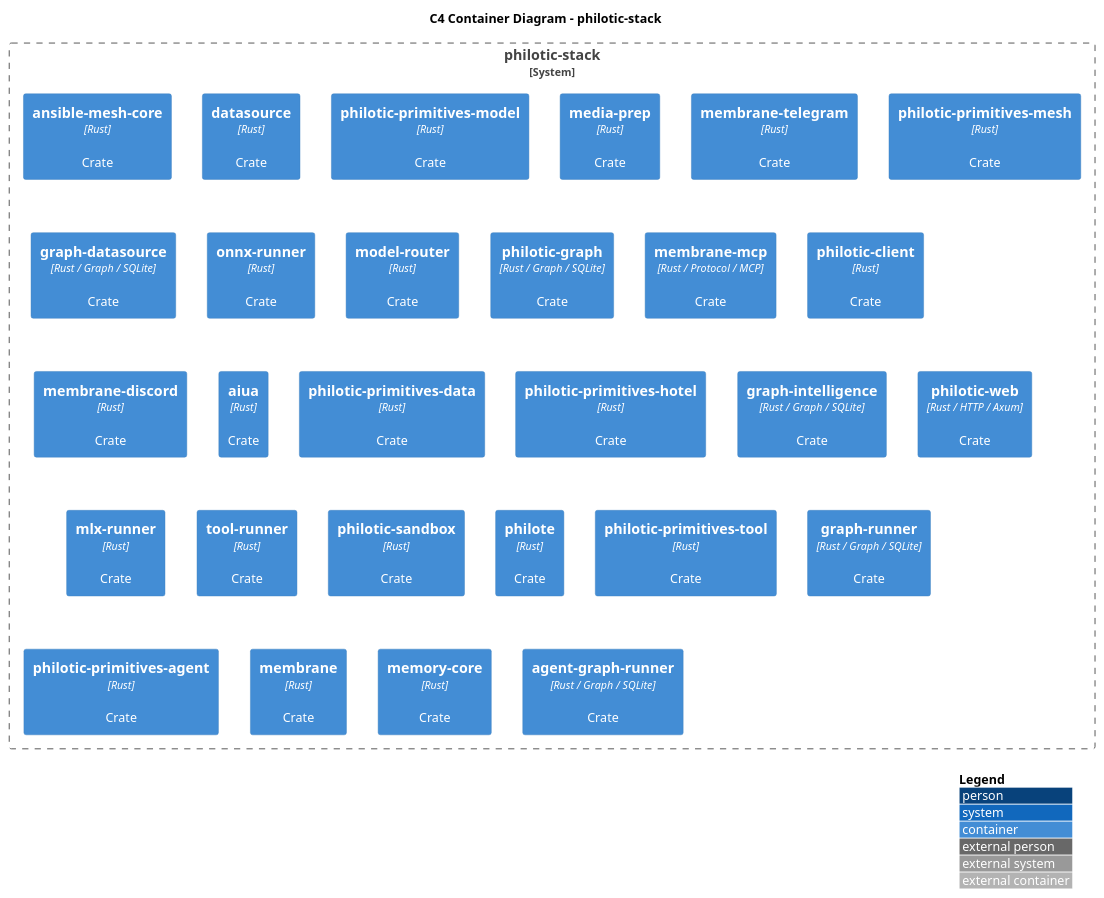
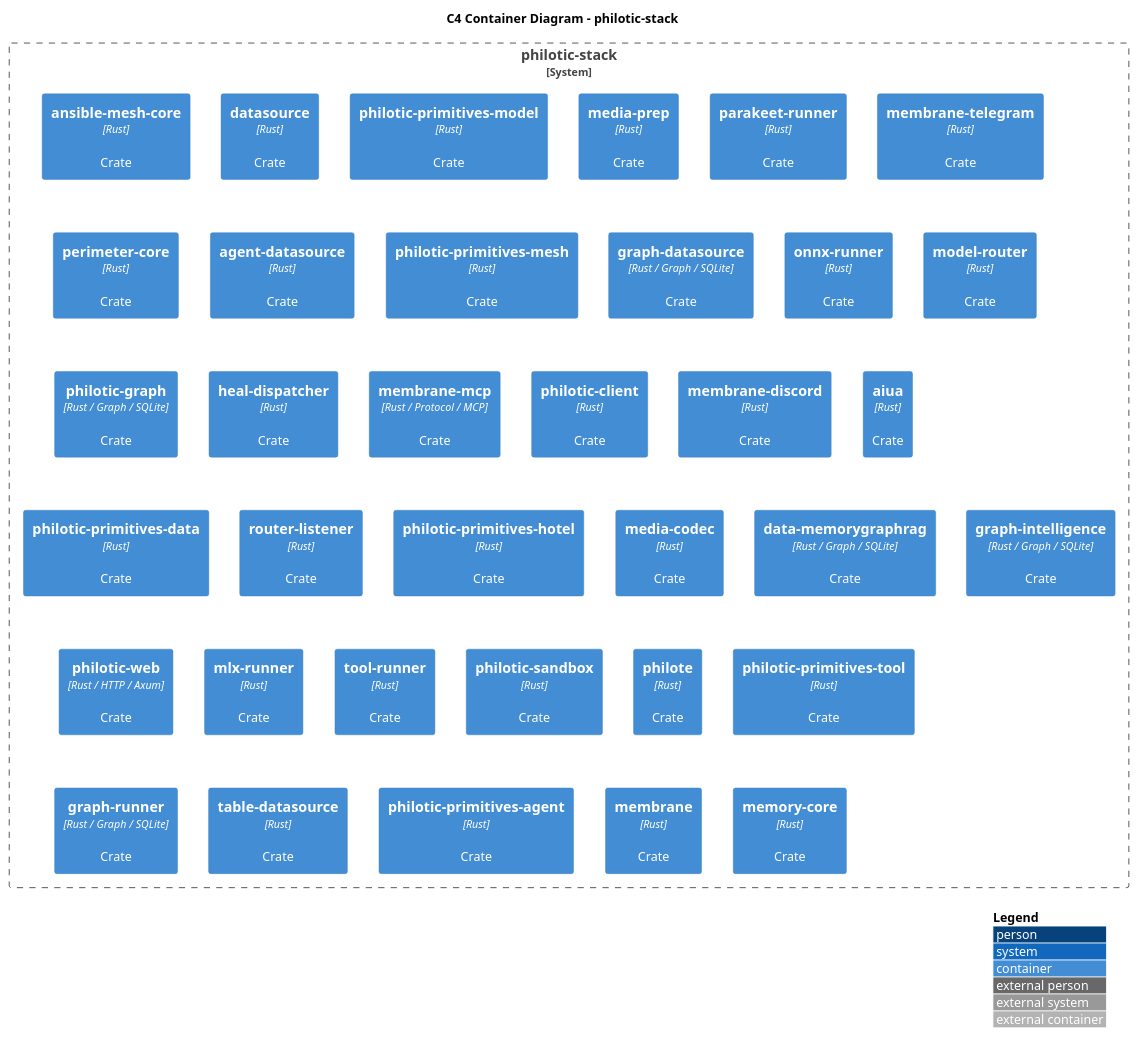
The diagram in docs/architecture/generated/c4-container.puml (likesjx/philotic-stack), drawn with PlantUML before and after one commit. The commit also changed 75 other files, not shown here.

```diff
--- a/docs/architecture/generated/c4-container.puml
+++ b/docs/architecture/generated/c4-container.puml
@@ -1,40 +1,47 @@
 @startuml
 !include https://raw.githubusercontent.com/plantuml-stdlib/C4-PlantUML/master/C4_Container.puml
 
 LAYOUT_WITH_LEGEND()
 
 title C4 Container Diagram - philotic-stack
 
 System_Boundary(philotic_stack, "philotic-stack") {
     Container(ansible_mesh_core, "ansible-mesh-core", "Rust", "Crate")
     Container(datasource, "datasource", "Rust", "Crate")
     Container(philotic_primitives_model, "philotic-primitives-model", "Rust", "Crate")
     Container(media_prep, "media-prep", "Rust", "Crate")
+    Container(parakeet_runner, "parakeet-runner", "Rust", "Crate")
     Container(membrane_telegram, "membrane-telegram", "Rust", "Crate")
+    Container(perimeter_core, "perimeter-core", "Rust", "Crate")
+    Container(agent_datasource, "agent-datasource", "Rust", "Crate")
     Container(philotic_primitives_mesh, "philotic-primitives-mesh", "Rust", "Crate")
     Container(graph_datasource, "graph-datasource", "Rust / Graph / SQLite", "Crate")
     Container(onnx_runner, "onnx-runner", "Rust", "Crate")
     Container(model_router, "model-router", "Rust", "Crate")
     Container(philotic_graph, "philotic-graph", "Rust / Graph / SQLite", "Crate")
+    Container(heal_dispatcher, "heal-dispatcher", "Rust", "Crate")
     Container(membrane_mcp, "membrane-mcp", "Rust / Protocol / MCP", "Crate")
     Container(philotic_client, "philotic-client", "Rust", "Crate")
     Container(membrane_discord, "membrane-discord", "Rust", "Crate")
     Container(aiua, "aiua", "Rust", "Crate")
     Container(philotic_primitives_data, "philotic-primitives-data", "Rust", "Crate")
+    Container(router_listener, "router-listener", "Rust", "Crate")
     Container(philotic_primitives_hotel, "philotic-primitives-hotel", "Rust", "Crate")
+    Container(media_codec, "media-codec", "Rust", "Crate")
+    Container(data_memorygraphrag, "data-memorygraphrag", "Rust / Graph / SQLite", "Crate")
     Container(graph_intelligence, "graph-intelligence", "Rust / Graph / SQLite", "Crate")
     Container(philotic_web, "philotic-web", "Rust / HTTP / Axum", "Crate")
     Container(mlx_runner, "mlx-runner", "Rust", "Crate")
     Container(tool_runner, "tool-runner", "Rust", "Crate")
     Container(philotic_sandbox, "philotic-sandbox", "Rust", "Crate")
     Container(philote, "philote", "Rust", "Crate")
     Container(philotic_primitives_tool, "philotic-primitives-tool", "Rust", "Crate")
     Container(graph_runner, "graph-runner", "Rust / Graph / SQLite", "Crate")
+    Container(table_datasource, "table-datasource", "Rust", "Crate")
     Container(philotic_primitives_agent, "philotic-primitives-agent", "Rust", "Crate")
     Container(membrane, "membrane", "Rust", "Crate")
     Container(memory_core, "memory-core", "Rust", "Crate")
-    Container(agent_graph_runner, "agent-graph-runner", "Rust / Graph / SQLite", "Crate")
 }
 
 
 @enduml
```
